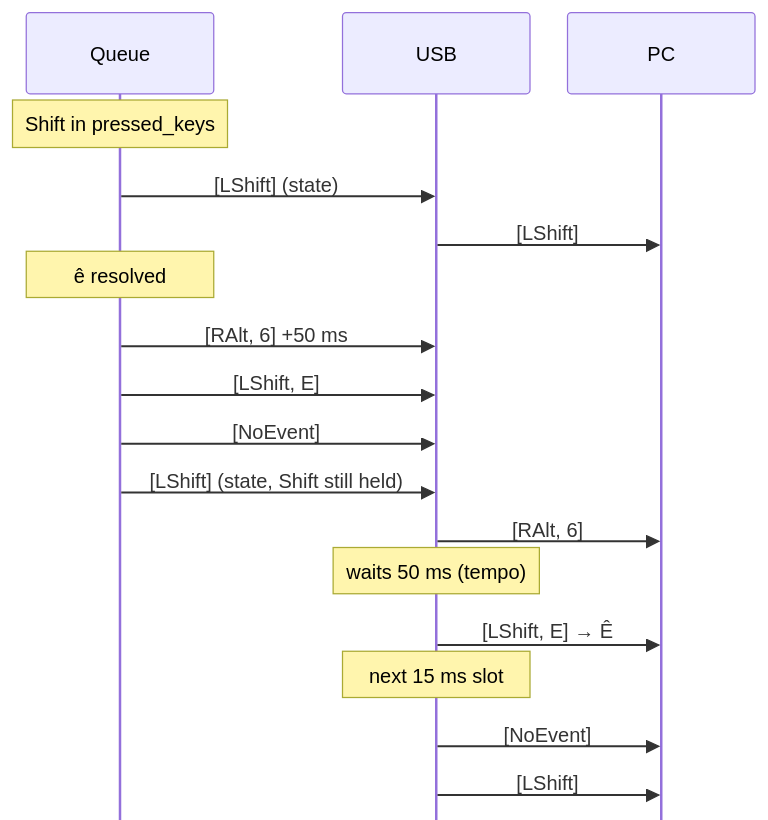
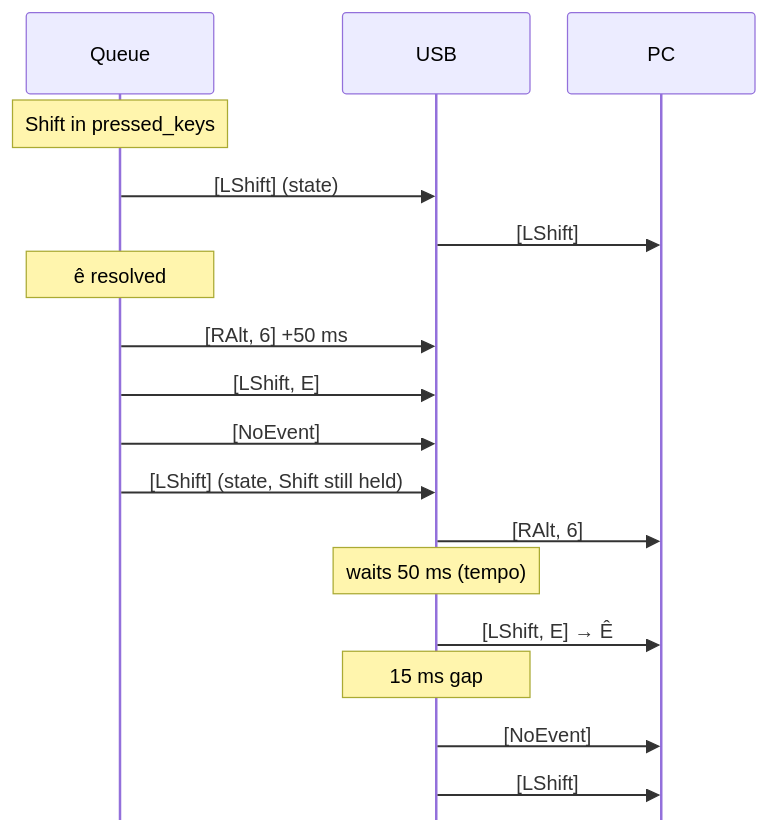
One commit to flinguenheld/rusty_chew changed the fifth of 5 diagrams in docs/REPORTS.md. Above: the diagram before and after it, drawn with Mermaid. The commit also changed other lines of this file and 4 other files, not shown here.

````diff
--- a/docs/REPORTS.md
+++ b/docs/REPORTS.md
@@ -269,21 +321,21 @@
 ```mermaid
 %%{init: {"sequence": {"mirrorActors": false, "actorMargin": 30, "messageMargin": 20, "boxMargin": 5}}}%%
 sequenceDiagram
     participant F as Queue
     participant U as USB
     participant C as PC
     Note over F: Shift in pressed_keys
     F->>U: [LShift] (state)
     U->>C: [LShift]
     Note over F: ê resolved
     F->>U: [RAlt, 6] +50 ms
     F->>U: [LShift, E]
     F->>U: [NoEvent]
     F->>U: [LShift] (state, Shift still held)
     U->>C: [RAlt, 6]
     Note over U: waits 50 ms (tempo)
     U->>C: [LShift, E] → Ê
-    Note over U: next 15 ms slot
+    Note over U: 15 ms gap
     U->>C: [NoEvent]
     U->>C: [LShift]
 ```
````
